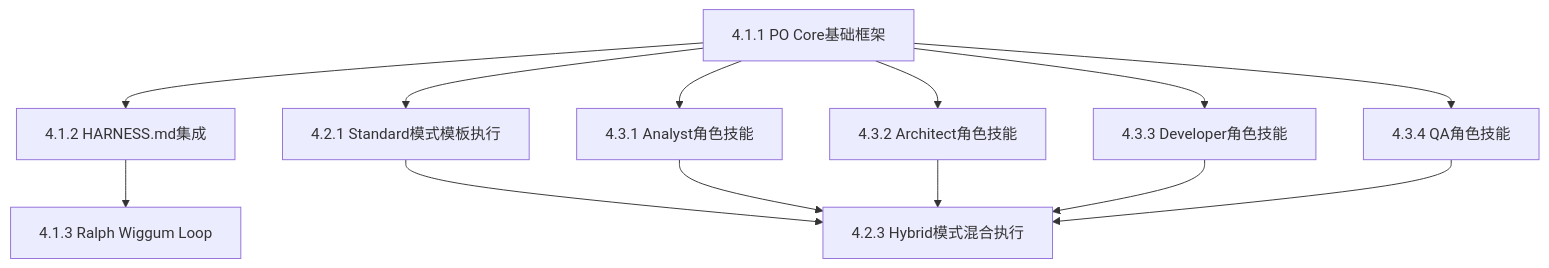
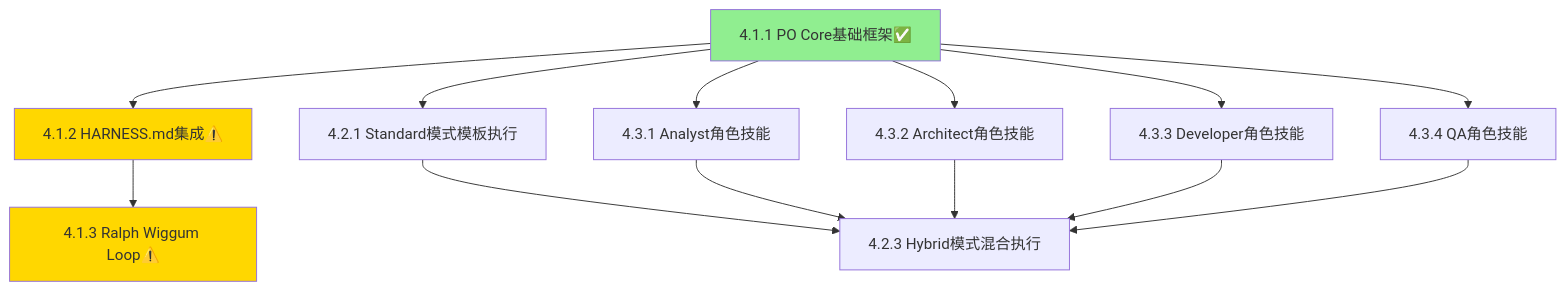
One commit to wanghaisheng/openworkhorse changed the diagram in openspec/changes/po-system-implementation/README.md. Above: the diagram before and after it, drawn with Mermaid. The commit also changed other lines of this file, not shown here.

````diff
--- a/openspec/changes/po-system-implementation/README.md
+++ b/openspec/changes/po-system-implementation/README.md
@@ -157,15 +196,19 @@
 ```mermaid
 graph TD
-    A[4.1.1 PO Core基础框架] --> B[4.1.2 HARNESS.md集成]
+    A[4.1.1 PO Core基础框架✅] --> B[4.1.2 HARNESS.md集成⚠️]
     A --> C[4.2.1 Standard模式模板执行]
     A --> D[4.3.1 Analyst角色技能]
     A --> E[4.3.2 Architect角色技能]
     A --> F[4.3.3 Developer角色技能]
     A --> G[4.3.4 QA角色技能]
-    B --> H[4.1.3 Ralph Wiggum Loop]
+    B --> H[4.1.3 Ralph Wiggum Loop⚠️]
     C --> I[4.2.3 Hybrid模式混合执行]
     D --> I
     E --> I
     F --> I
     G --> I
+    
+    style A fill:#90EE90
+    style B fill:#FFD700
+    style H fill:#FFD700
 ```
````
